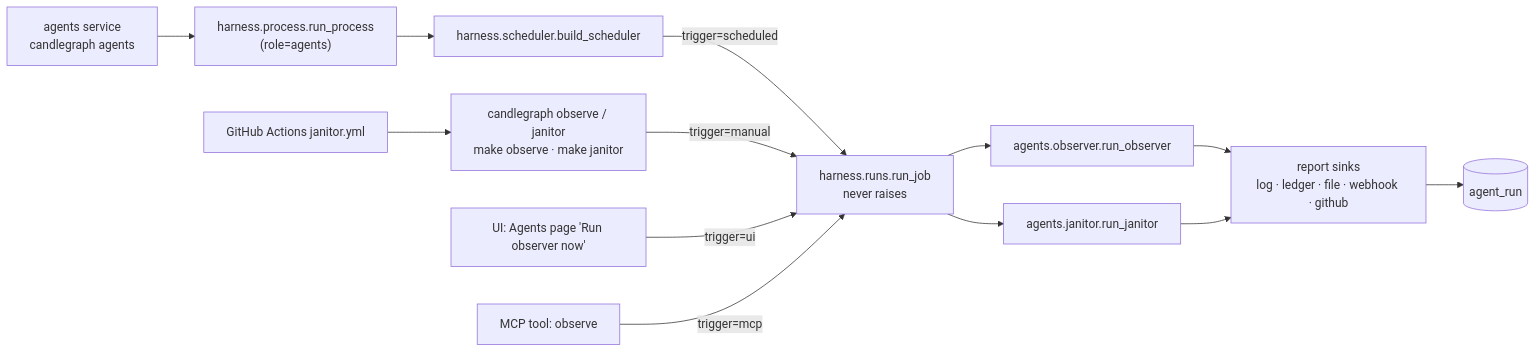
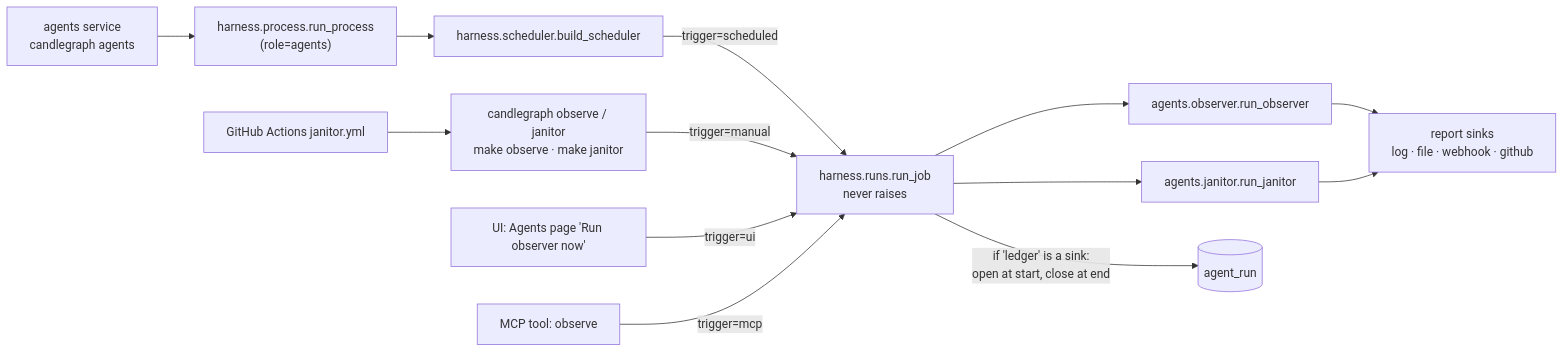
The diagram in docs/agents/usage/DESIGN.md (stamzid/candlegraph), drawn with Mermaid before and after one commit. The commit also changed other lines of this file and 40 other files, not shown here.

````diff
--- a/docs/agents/usage/DESIGN.md
+++ b/docs/agents/usage/DESIGN.md
@@ -37,14 +36,14 @@
 ```mermaid
 flowchart LR
   SVC["agents service<br/>candlegraph agents"] --> RP["harness.process.run_process<br/>(role=agents)"]
   RP --> SB["harness.scheduler.build_scheduler"]
   SB -->|"trigger=scheduled"| RJ
   CLI["candlegraph observe / janitor<br/>make observe · make janitor"] -->|"trigger=manual"| RJ
   UIB["UI: Agents page 'Run observer now'"] -->|"trigger=ui"| RJ
   MCPT["MCP tool: observe"] -->|"trigger=mcp"| RJ
   GHA["GitHub Actions janitor.yml"] --> CLI
   RJ["harness.runs.run_job<br/>never raises"] --> OBS["agents.observer.run_observer"]
   RJ --> JAN["agents.janitor.run_janitor"]
-  OBS & JAN --> SINKS["report sinks<br/>log · ledger · file · webhook · github"]
-  SINKS --> AR[("agent_run")]
+  OBS & JAN --> SINKS["report sinks<br/>log · file · webhook · github"]
+  RJ -->|"if 'ledger' is a sink:<br/>open at start, close at end"| AR[("agent_run")]
 ```
````
